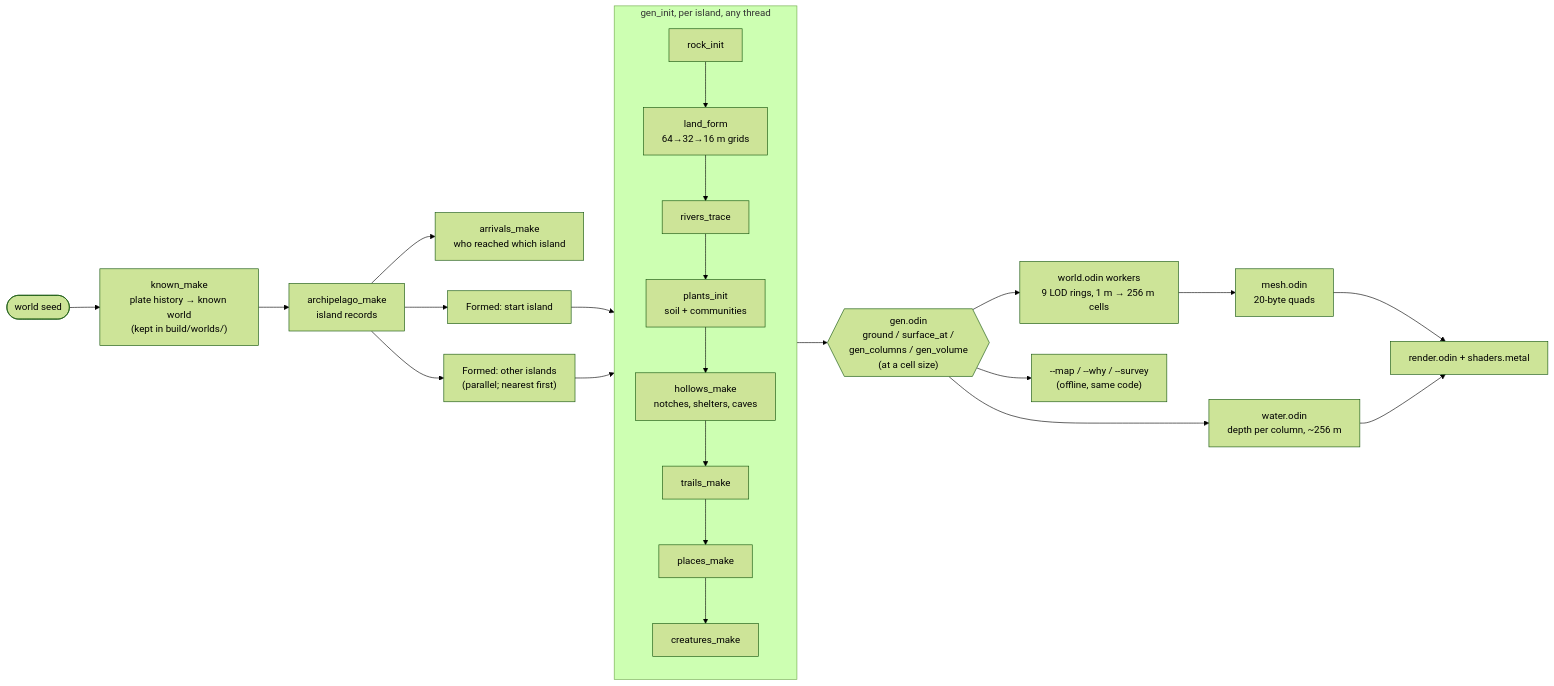
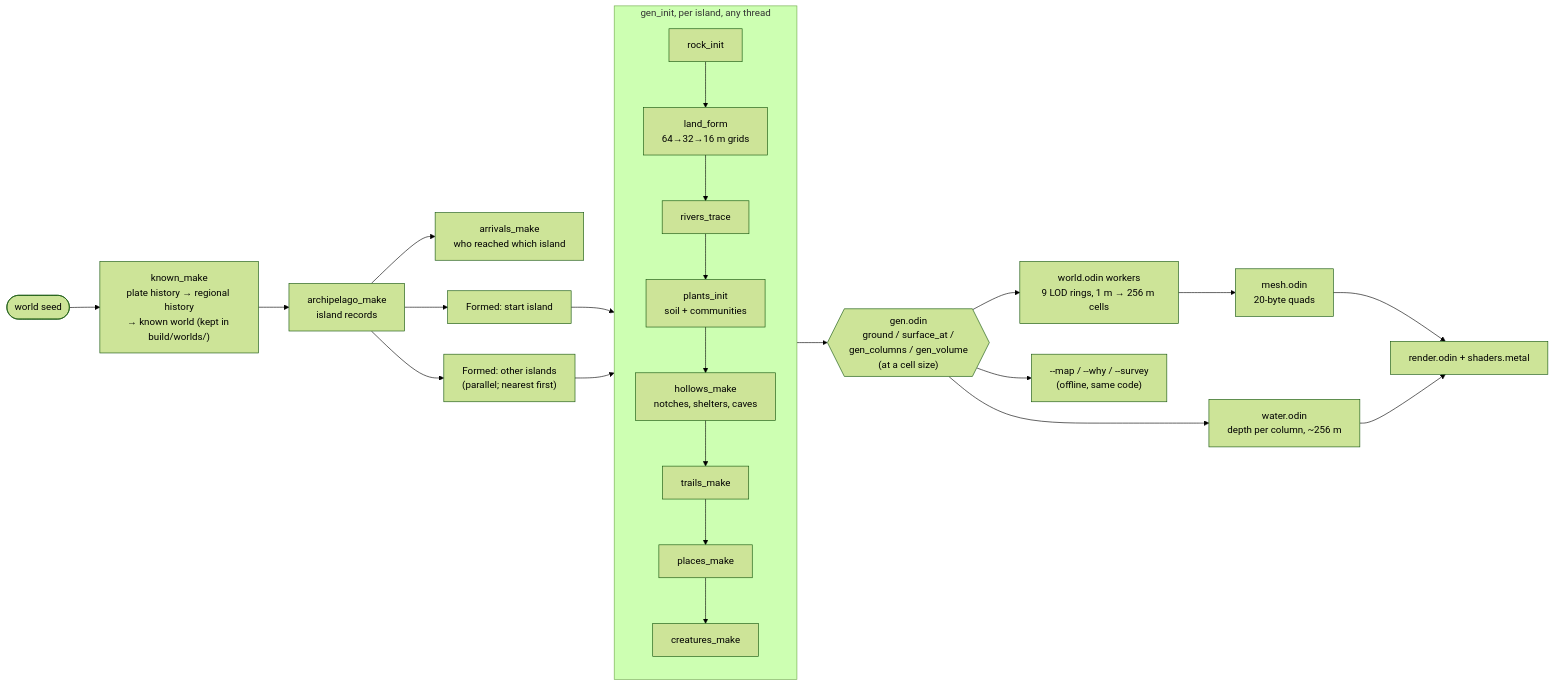
The diagram in ARCHITECTURE.md (macklinhrw/odincraft), drawn with Mermaid (forest theme) before and after one commit. The commit also changed other lines of this file and 17 other files, not shown here.

````diff
--- a/ARCHITECTURE.md
+++ b/ARCHITECTURE.md
@@ -32,27 +32,27 @@
 ```mermaid
 flowchart LR
-  seed([world seed]) --> known["known_make<br/>plate history → known world<br/>(kept in build/worlds/)"]
+  seed([world seed]) --> known["known_make<br/>plate history → regional history<br/>→ known world (kept in build/worlds/)"]
   known --> arch["archipelago_make<br/>island records"]
   arch --> arrivals["arrivals_make<br/>who reached which island"]
   arch --> F1["Formed: start island"]
   arch --> Fn["Formed: other islands<br/>(parallel; nearest first)"]
   subgraph forming ["gen_init, per island, any thread"]
     direction TB
     rock[rock_init] --> land["land_form<br/>64→32→16 m grids"]
     land --> rivers[rivers_trace]
     rivers --> plants["plants_init<br/>soil + communities"]
     plants --> hollows["hollows_make<br/>notches, shelters, caves"]
     hollows --> trails[trails_make]
     trails --> places[places_make]
     places --> creatures[creatures_make]
   end
   F1 --> forming
   Fn --> forming
   forming --> gen{{"gen.odin<br/>ground / surface_at /<br/>gen_columns / gen_volume<br/>(at a cell size)"}}
   gen --> workers["world.odin workers<br/>9 LOD rings, 1 m → 256 m cells"]
   workers --> mesh["mesh.odin<br/>20-byte quads"]
   mesh --> render["render.odin + shaders.metal"]
   gen --> water["water.odin<br/>depth per column, ~256 m"]
   water --> render
   gen --> tools["--map / --why / --survey<br/>(offline, same code)"]
 ```
````
